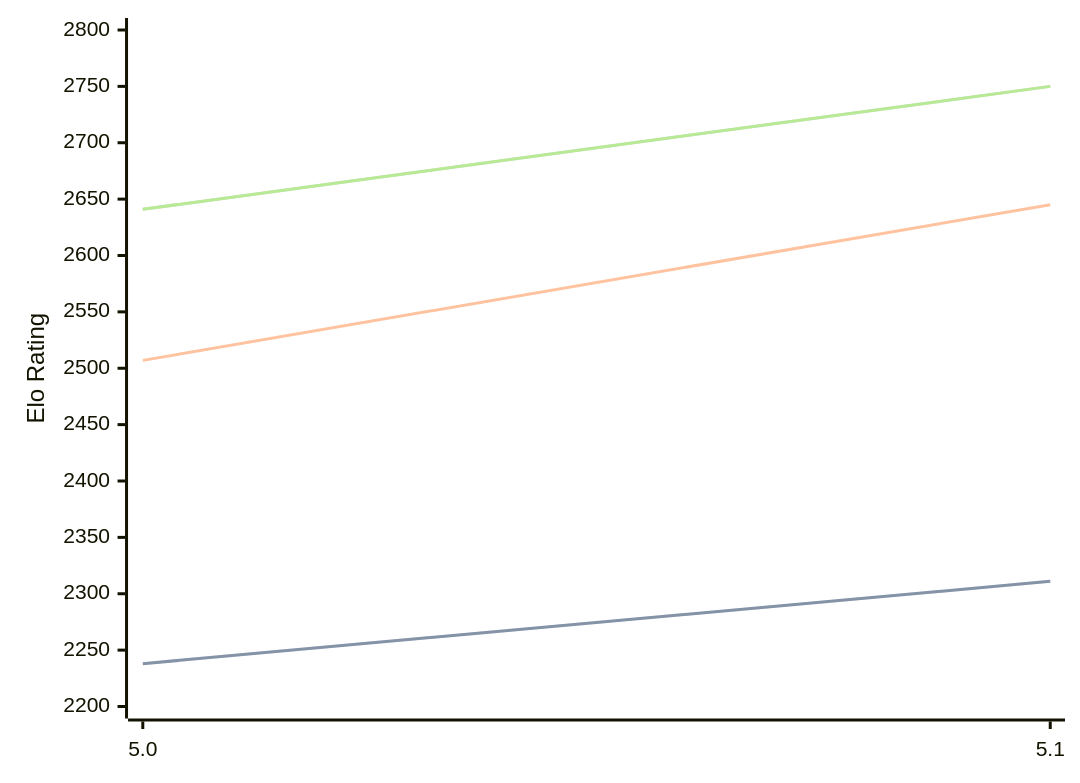
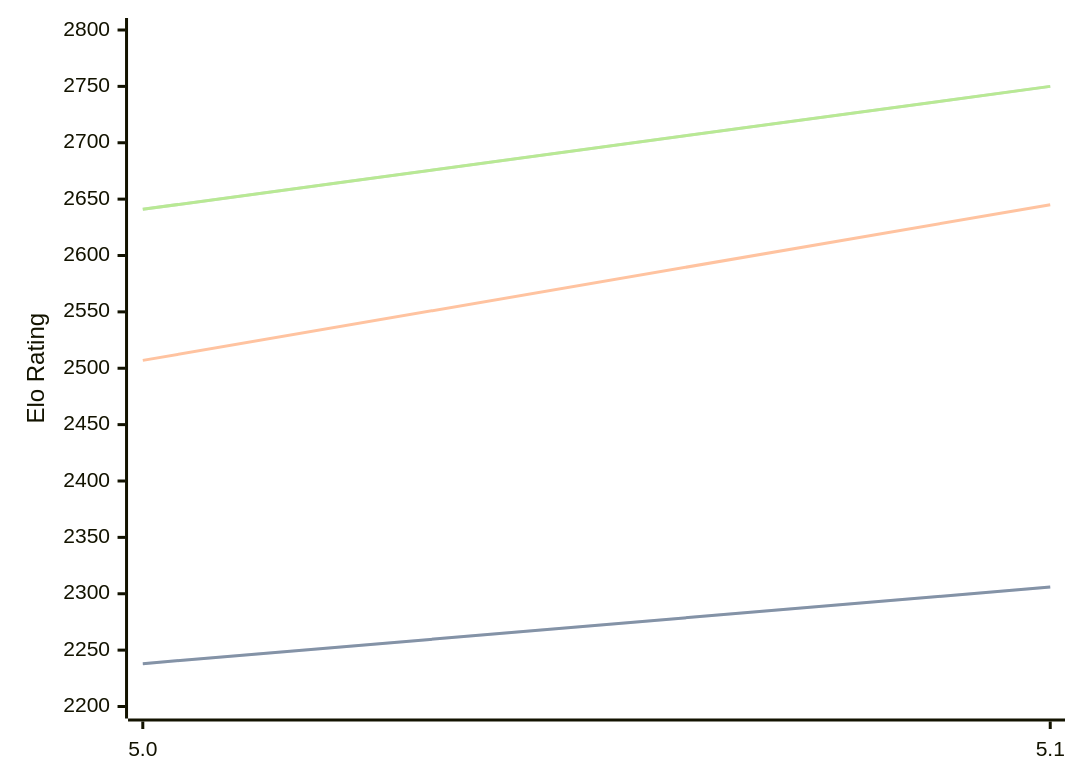
Before and after one commit to computer-chess-index/cci: the diagram in engines/Dorky.md, drawn with Mermaid. The commit also changed other lines of this file, not shown here.

````diff
--- a/engines/Dorky.md
+++ b/engines/Dorky.md
@@ -32,11 +32,11 @@
 ```mermaid
 %%{init: {"theme":"base","themeVariables":{"seriesColors:['#a3a3a3','#222221','#faa371']}}}%%
 xychart-beta
   x-axis ["5.0", "5.1"]
   y-axis "Elo Rating" 2200 --> 2800
-  line "" [2238, 2311]
-  line "STC (8.0+0.08s)" [2238, 2311]
+  line "" [2238, 2306]
+  line "STC (8.0+0.08s)" [2238, 2306]
   line "LTC (60.0+0.60s)" [2507, 2645]
   line "" [2641, 2750]
   line "VLTC (2m24s+1.12s)" [2641, 2750]
 ```
````
